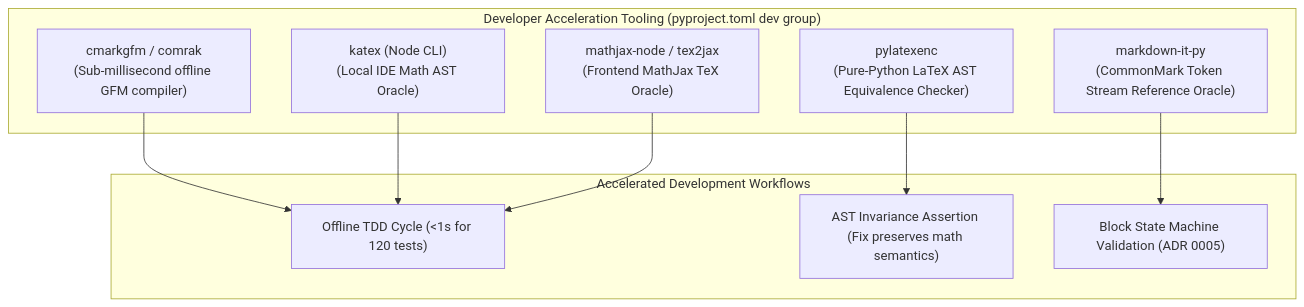
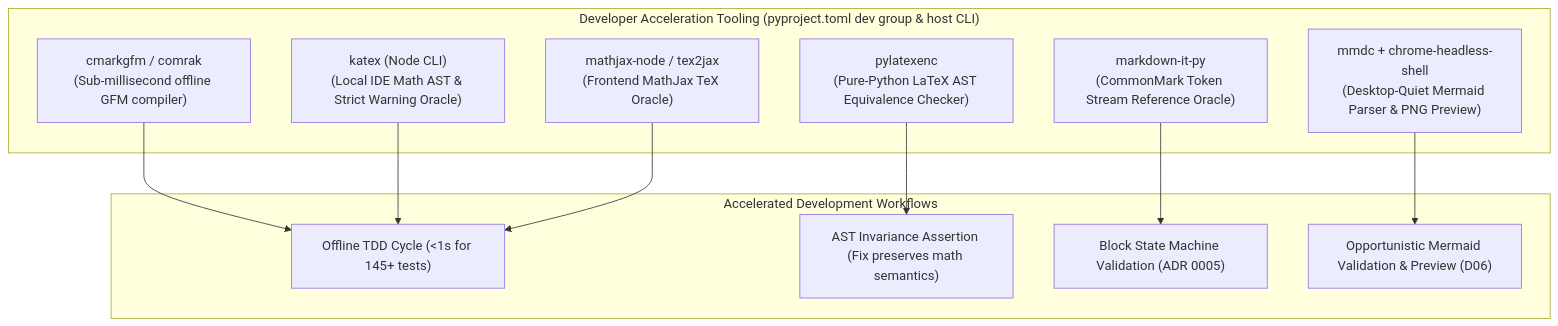
One commit to jacobhammond/gfm-math-lint changed the fourth of 5 diagrams in ROADMAP.md. Above: the diagram before and after it, drawn with Mermaid. The commit also changed other lines of this file, not shown here.

Commit message:
updating roadmap with retrospective

````diff
--- a/ROADMAP.md
+++ b/ROADMAP.md
@@ -459,22 +590,25 @@
 ```mermaid
 flowchart TD
-    subgraph Dev Dependencies ["Developer Acceleration Tooling (pyproject.toml dev group)"]
+    subgraph Dev Dependencies ["Developer Acceleration Tooling (pyproject.toml dev group & host CLI)"]
         CMG["cmarkgfm / comrak<br/>(Sub-millisecond offline GFM compiler)"]
         MJ["mathjax-node / tex2jax<br/>(Frontend MathJax TeX Oracle)"]
-        KT["katex (Node CLI)<br/>(Local IDE Math AST Oracle)"]
+        KT["katex (Node CLI)<br/>(Local IDE Math AST & Strict Warning Oracle)"]
+        MMDC["mmdc + chrome-headless-shell<br/>(Desktop-Quiet Mermaid Parser & PNG Preview)"]
         PLX["pylatexenc<br/>(Pure-Python LaTeX AST Equivalence Checker)"]
         MIT["markdown-it-py<br/>(CommonMark Token Stream Reference Oracle)"]
     end
 
     subgraph Development Workflows ["Accelerated Development Workflows"]
-        TDD["Offline TDD Cycle (<1s for 120 tests)"]
+        TDD["Offline TDD Cycle (<1s for 145+ tests)"]
         EQ["AST Invariance Assertion (Fix preserves math semantics)"]
         BLK["Block State Machine Validation (ADR 0005)"]
+        DIAG["Opportunistic Mermaid Validation & Preview (D06)"]
     end
 
     CMG --> TDD
     KT --> TDD
     MJ --> TDD
     PLX --> EQ
     MIT --> BLK
+    MMDC --> DIAG
 ```
````
